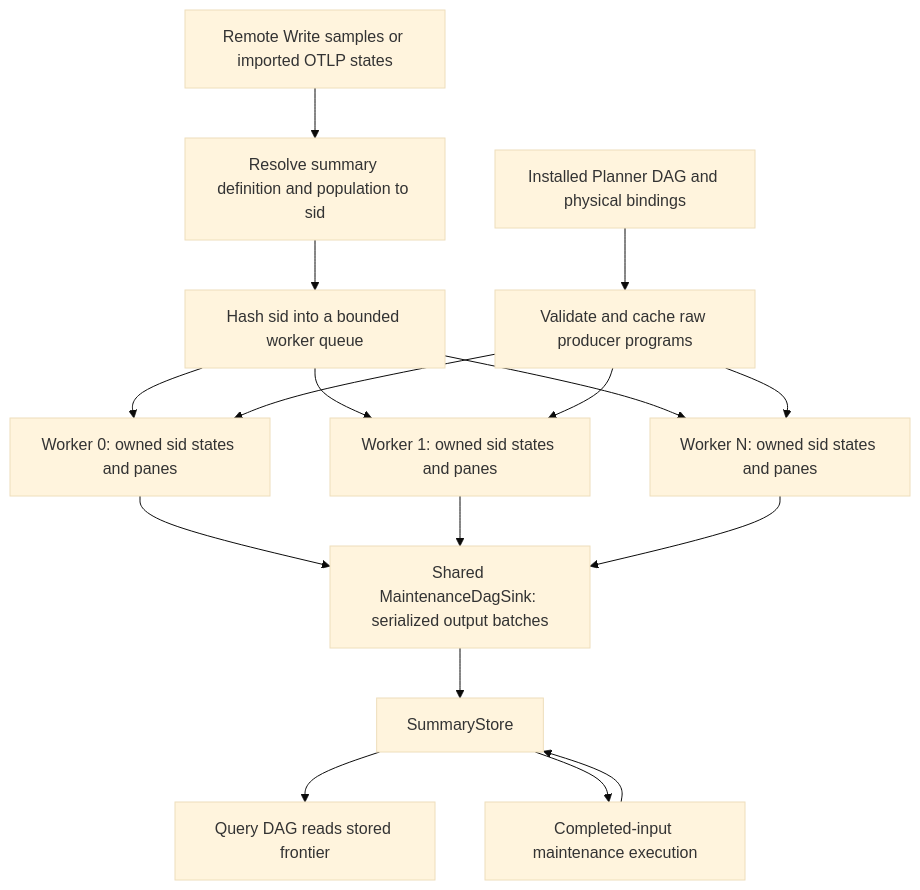
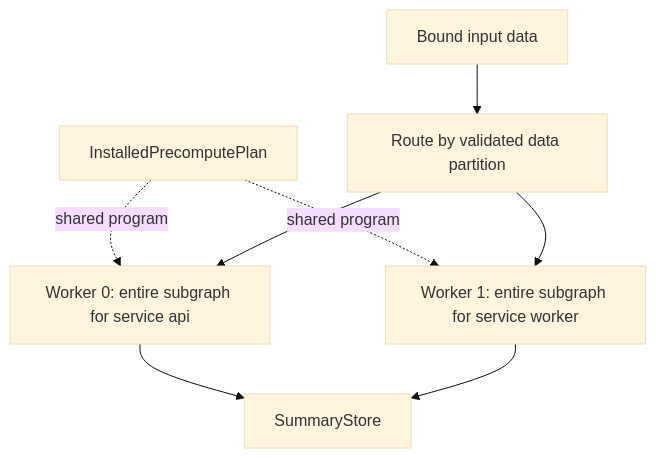
One commit to ProjectASAP/ASAPQuery-backend changed the second of 2 diagrams in docs/design_docs/precompute-dag-execution.md. Above: the diagram before and after it, drawn with Mermaid (base theme). The commit also changed other lines of this file, not shown here.

Commit message:
docs: explain precompute DAG design through execution workflow

````diff
--- a/docs/design_docs/precompute-dag-execution.md
+++ b/docs/design_docs/precompute-dag-execution.md
@@ -237,19 +137,10 @@
 ```mermaid
 flowchart TD
-  P[Installed Planner DAG and physical bindings] --> V[Validate and cache raw producer programs]
-  I[Remote Write samples or imported OTLP states] --> R[Resolve summary definition and population to sid]
-  R --> H[Hash sid into a bounded worker queue]
-  H --> W0[Worker 0: owned sid states and panes]
-  H --> W1[Worker 1: owned sid states and panes]
-  H --> WN[Worker N: owned sid states and panes]
-  V --> W0
-  V --> W1
-  V --> WN
-  W0 --> S[Shared MaintenanceDagSink: serialized output batches]
-  W1 --> S
-  WN --> S
-  S --> D[SummaryStore]
-  D --> Q[Query DAG reads stored frontier]
-  D --> M[Completed-input maintenance execution]
-  M --> D
+  I[Bound input data] --> R[Route by validated data partition]
+  P[InstalledPrecomputePlan] -. shared program .-> A
+  P -. shared program .-> B
+  R --> A[Worker 0: entire subgraph for service api]
+  R --> B[Worker 1: entire subgraph for service worker]
+  A --> S[SummaryStore]
+  B --> S
 ```
````
